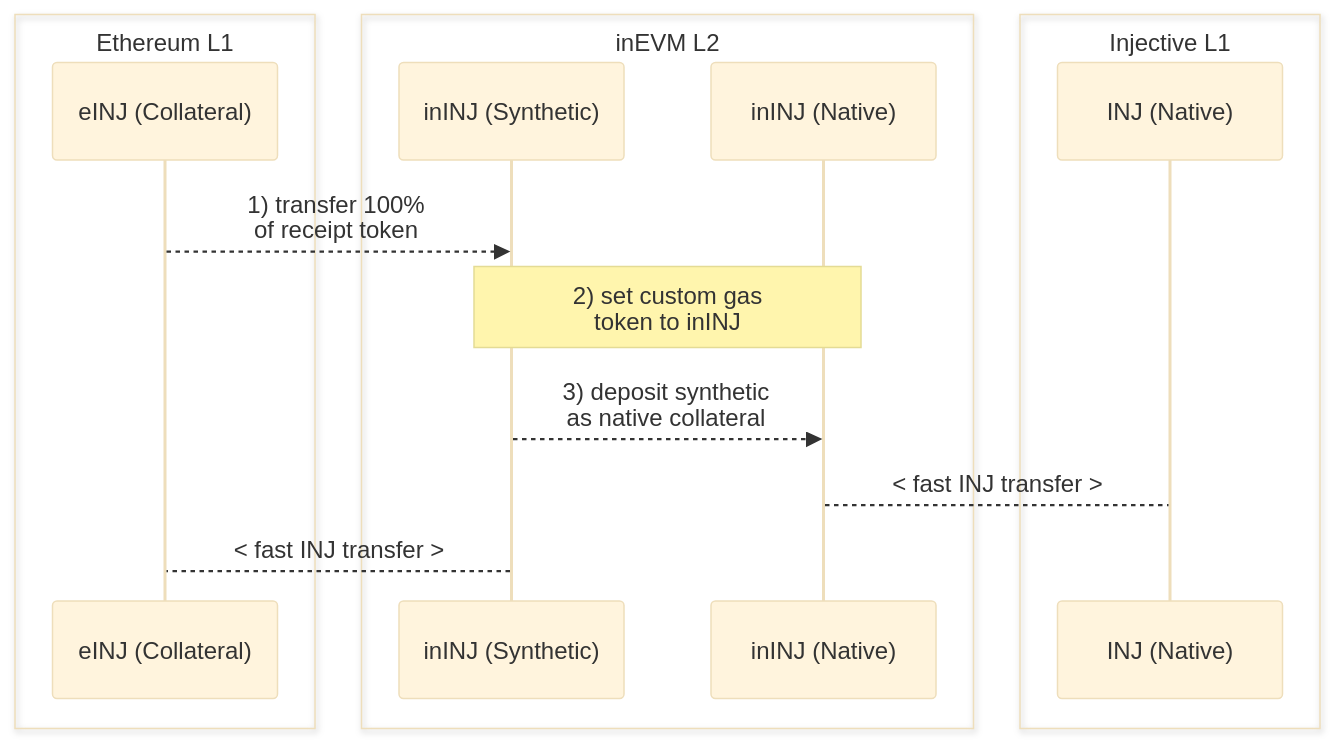
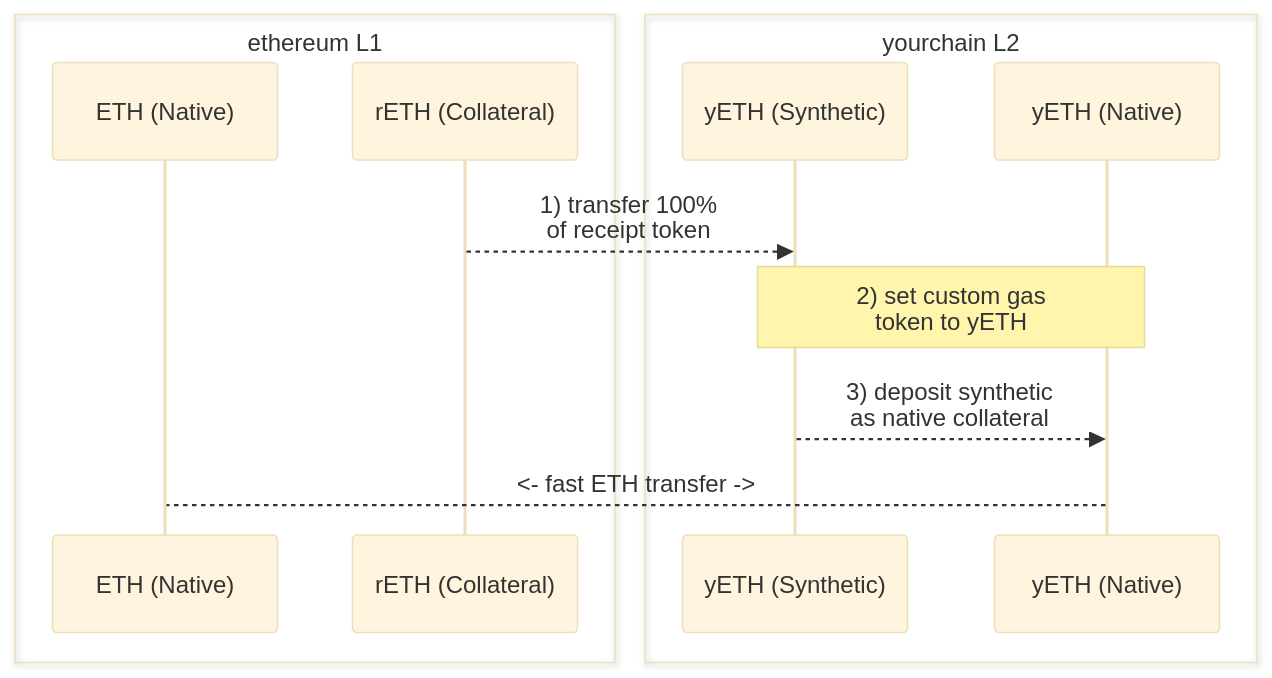
Before and after one commit to hyperlane-xyz/v3-docs: the diagram in docs/protocol/warp-routes/warp-routes-custom-gas-fast-native.mdx, drawn with Mermaid (base theme). The commit also changed other lines of this file, not shown here.

Commit message:
update fast native transfer walkthrough

````diff
--- a/docs/protocol/warp-routes/warp-routes-custom-gas-fast-native.mdx
+++ b/docs/protocol/warp-routes/warp-routes-custom-gas-fast-native.mdx
@@ -63,19 +71,16 @@
-```mermaid
-sequenceDiagram
-        box Ethereum L1
-        participant eINJ_C as eINJ (Collateral)
-    end
-        box inEVM L2
-        participant inINJ_S as inINJ (Synthetic)
-        participant inINJ_N as inINJ (Native)
-    end
-        box Injective L1
-        participant INJ as INJ (Native)
-    end
+    ```mermaid
+    sequenceDiagram
+    		box ethereum L1
+    			participant ETH as ETH (Native)
+    	    participant rETH_C as rETH (Collateral)
+        end
+    		box yourchain L2
+    	    participant yETH_S as yETH (Synthetic)
+    	    participant yETH_N as yETH (Native)
+        end
 
-    eINJ_C-->>inINJ_S: 1) transfer 100%<br>of receipt token
-    Note over inINJ_N,inINJ_S: 2) set custom gas<br>token to inINJ
-    inINJ_S-->>inINJ_N: 3) deposit synthetic<br>as native collateral
-    inINJ_N-->INJ: < fast INJ transfer >
-    inINJ_S-->eINJ_C: < fast INJ transfer >
-```
+        rETH_C-->>yETH_S: 1) transfer 100%<br>of receipt token
+        Note over yETH_N,yETH_S: 2) set custom gas<br>token to yETH
+        yETH_S-->>yETH_N: 3) deposit synthetic<br>as native collateral
+        yETH_N-->ETH: <- fast ETH transfer ->
+    ```
````
